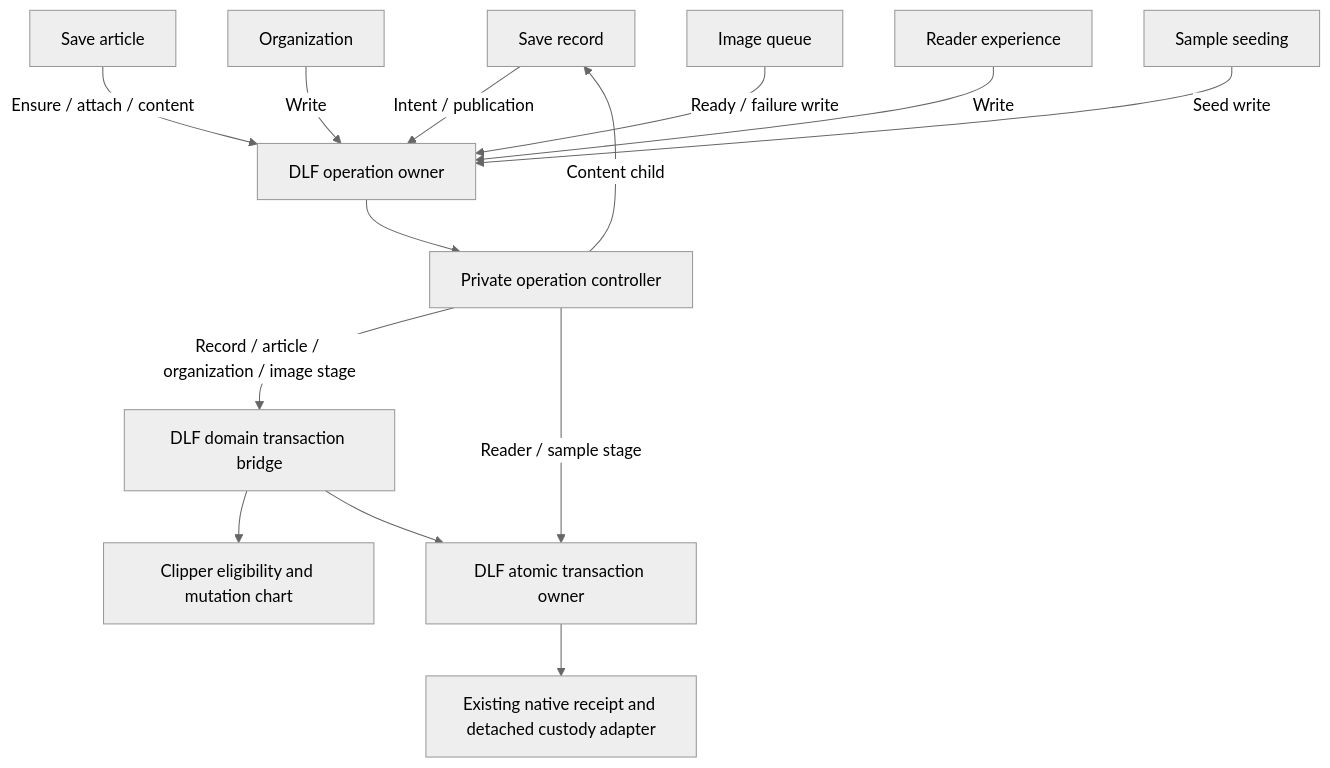
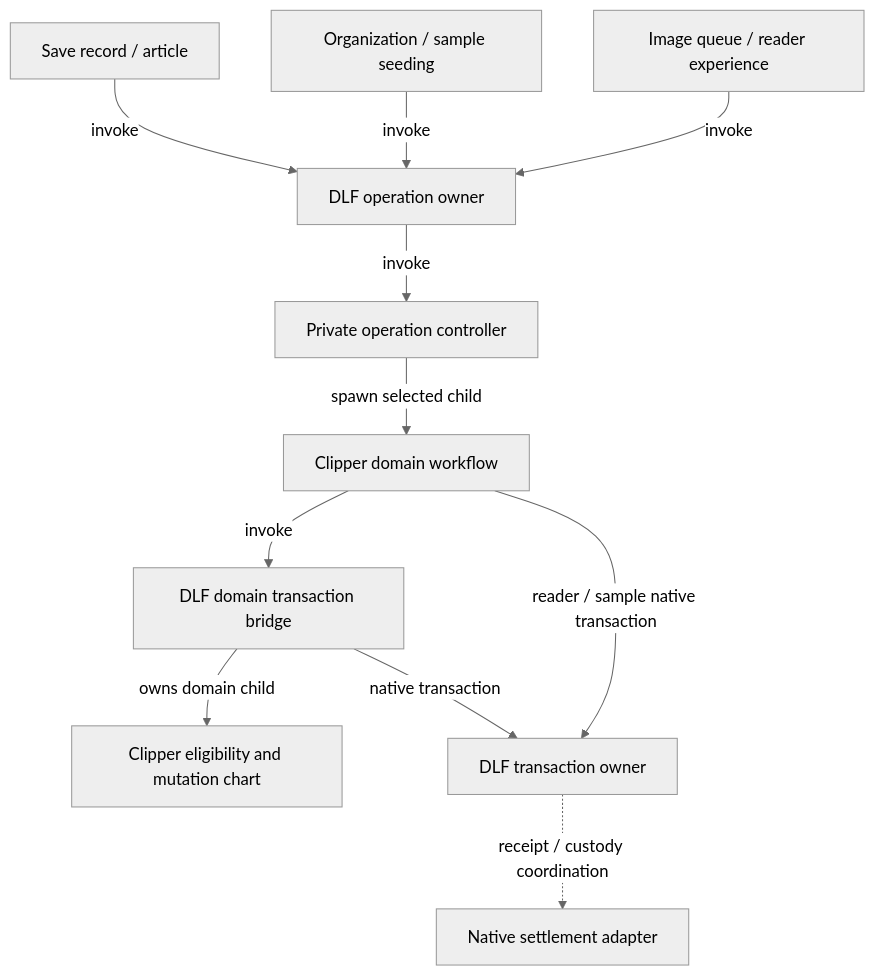
The diagram in docs/reviews/workflow-hardening-progress.md (delightful-labs/delightful-clipper), drawn with Mermaid (neutral theme) before and after one commit. The commit also changed other lines of this file and 17 other files, not shown here.

Commit message:
feat(worker): retain account write custody through scoped shutdown

````diff
--- a/docs/reviews/workflow-hardening-progress.md
+++ b/docs/reviews/workflow-hardening-progress.md
@@ -139,16 +44,13 @@
 ```mermaid
 flowchart TD
-    SaveRecord[Save record] -->|Intent / publication| Owner[DLF operation owner]
-    SaveArticle[Save article] -->|Ensure / attach / content| Owner
-    Organization[Organization] -->|Write| Owner
-    Images[Image queue] -->|Ready / failure write| Owner
-    Reader[Reader experience] -->|Write| Owner
-    Samples[Sample seeding] -->|Seed write| Owner
-    Owner --> Controller[Private operation controller]
-    Controller -->|Content child| SaveRecord
-    Controller -->|Record / article / organization / image stage| Bridge[DLF domain transaction bridge]
-    Controller -->|Reader / sample stage| Native[DLF atomic transaction owner]
-    Bridge --> Domain[Clipper eligibility and mutation chart]
-    Bridge --> Native
-    Native --> Custody[Existing native receipt and detached custody adapter]
+    Save[Save record / article] -->|invoke| Owner[DLF operation owner]
+    Organization[Organization / sample seeding] -->|invoke| Owner
+    Images[Image queue / reader experience] -->|invoke| Owner
+    Owner -->|invoke| Controller[Private operation controller]
+    Controller -->|spawn selected child| Domain[Clipper domain workflow]
+    Domain -->|invoke| Bridge[DLF domain transaction bridge]
+    Bridge -->|owns domain child| Stage[Clipper eligibility and mutation chart]
+    Bridge -->|native transaction| Transaction[DLF transaction owner]
+    Domain -->|reader / sample native transaction| Transaction
+    Transaction -. receipt / custody coordination .-> Custody[Native settlement adapter]
 ```
````
